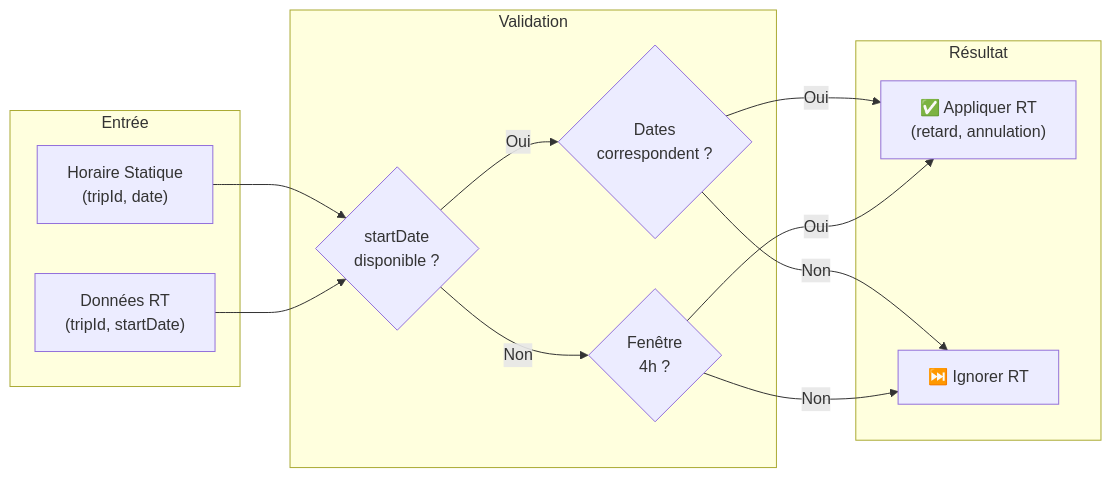
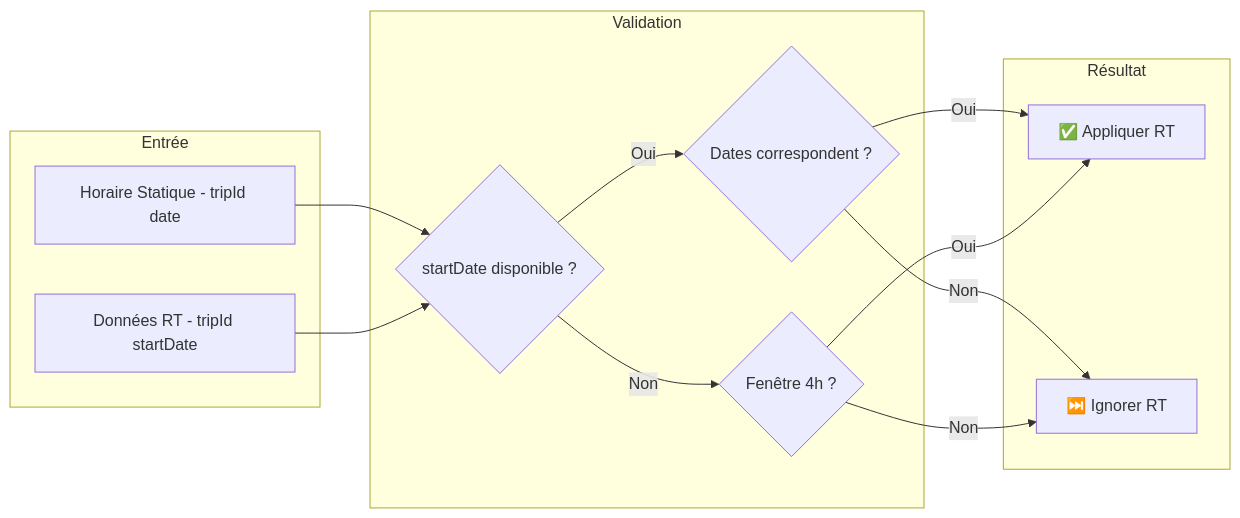
One commit to nickdesi/BusTrainGerzat changed the second of 3 diagrams in README.md. Above: the diagram before and after it, drawn with Mermaid. The commit also changed other lines of this file and 37 other files, not shown here.

````diff
--- a/README.md
+++ b/README.md
@@ -171,27 +171,27 @@
 ```mermaid
 flowchart LR
     subgraph Input["Entrée"]
-        STATIC["Horaire Statique<br/>(tripId, date)"]
-        RT["Données RT<br/>(tripId, startDate)"]
+        STATIC["Horaire Statique - tripId date"]
+        RT["Données RT - tripId startDate"]
     end
 
     subgraph Validation["Validation"]
-        CHECK_DATE{"startDate<br/>disponible ?"}
-        DATE_MATCH{"Dates<br/>correspondent ?"}
-        TIME_CHECK{"Fenêtre<br/>4h ?"}
+        CHECK_DATE{"startDate disponible ?"}
+        DATE_MATCH{"Dates correspondent ?"}
+        TIME_CHECK{"Fenêtre 4h ?"}
     end
 
     subgraph Result["Résultat"]
-        APPLY["✅ Appliquer RT<br/>(retard, annulation)"]
+        APPLY["✅ Appliquer RT"]
         SKIP["⏭️ Ignorer RT"]
     end
 
     STATIC --> CHECK_DATE
     RT --> CHECK_DATE
     CHECK_DATE -->|Oui| DATE_MATCH
     CHECK_DATE -->|Non| TIME_CHECK
     DATE_MATCH -->|Oui| APPLY
     DATE_MATCH -->|Non| SKIP
     TIME_CHECK -->|Oui| APPLY
     TIME_CHECK -->|Non| SKIP
 ```
````
